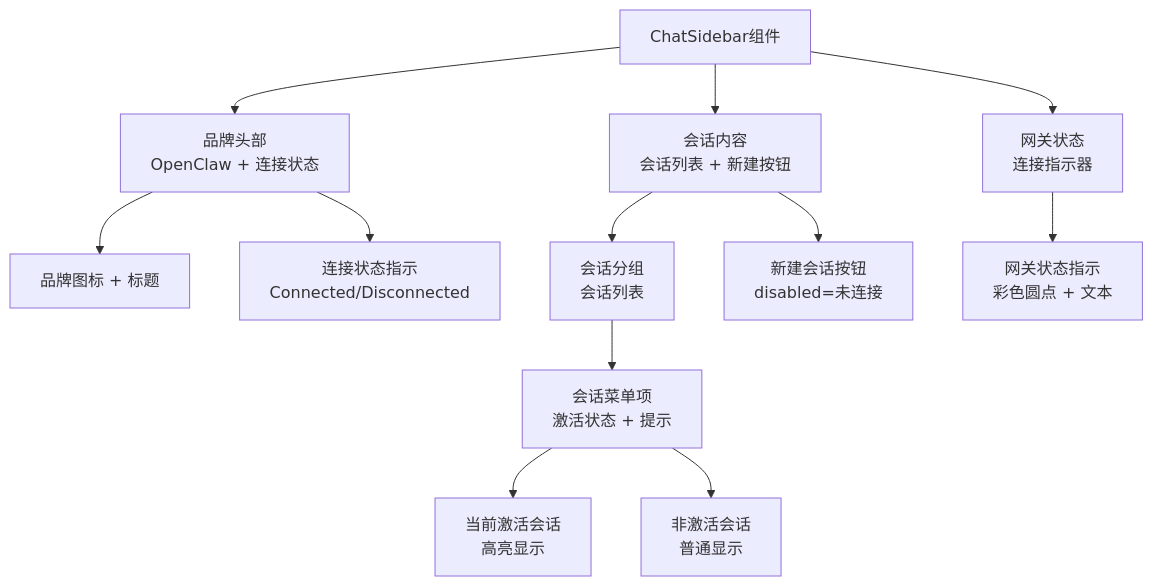
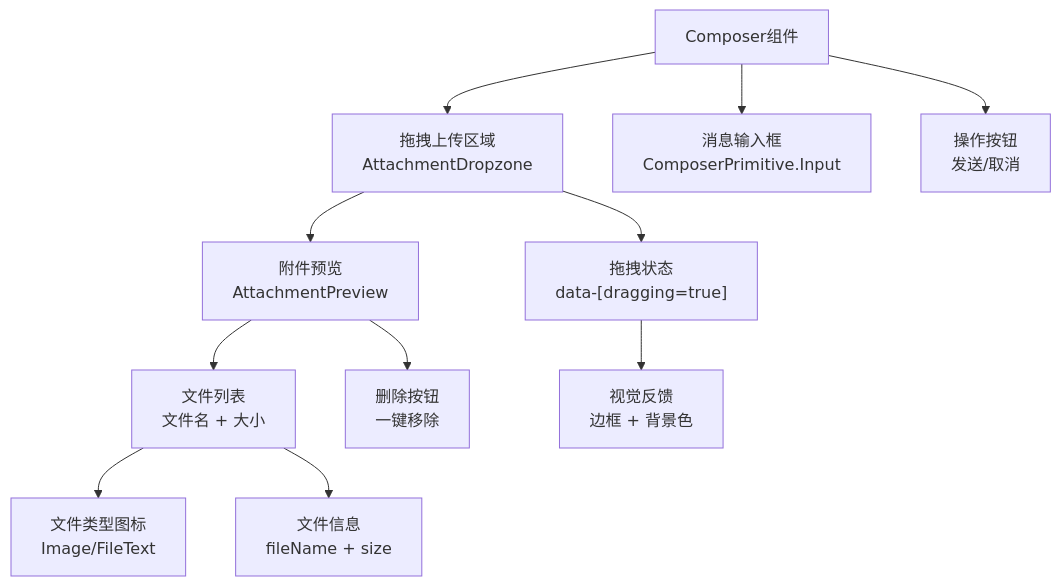
Before and after one commit to verse-ai-org/openclaw: the third of 12 diagrams in .qoder/repowiki/zh/content/Web界面/WebChat界面/WebChat界面.md, drawn with Mermaid. The commit also changed other lines of this file and 7 other files, not shown here.

````diff
--- a/.qoder/repowiki/zh/content/Web界面/WebChat界面/WebChat界面.md
+++ b/.qoder/repowiki/zh/content/Web界面/WebChat界面/WebChat界面.md
@@ -224,14 +231,13 @@
 ```mermaid
 flowchart TD
-Sidebar["ChatSidebar组件"] --> Header["品牌头部<br/>OpenClaw + 连接状态"]
-Sidebar --> Content["会话内容<br/>会话列表 + 新建按钮"]
-Sidebar --> Footer["网关状态<br/>连接指示器"]
-Header --> Brand["品牌图标 + 标题"]
-Header --> Status["连接状态指示<br/>Connected/Disconnected"]
-Content --> Sessions["会话分组<br/>会话列表"]
-Content --> NewBtn["新建会话按钮<br/>disabled=未连接"]
-Sessions --> SessionItems["会话菜单项<br/>激活状态 + 提示"]
-SessionItems --> Active["当前激活会话<br/>高亮显示"]
-SessionItems --> Inactive["非激活会话<br/>普通显示"]
-Footer --> GatewayIndicator["网关状态指示<br/>彩色圆点 + 文本"]
+Composer["Composer组件"] --> Dropzone["拖拽上传区域<br/>AttachmentDropzone"]
+Composer --> Input["消息输入框<br/>ComposerPrimitive.Input"]
+Composer --> Actions["操作按钮<br/>发送/取消"]
+Dropzone --> Preview["附件预览<br/>AttachmentPreview"]
+Preview --> FileList["文件列表<br/>文件名 + 大小"]
+Preview --> DeleteBtn["删除按钮<br/>一键移除"]
+Dropzone --> DragState["拖拽状态<br/>data-[dragging=true]"]
+DragState --> VisualFeedback["视觉反馈<br/>边框 + 背景色"]
+FileList --> FileTypeIcon["文件类型图标<br/>Image/FileText"]
+FileList --> FileInfo["文件信息<br/>fileName + size"]
 ```
````
